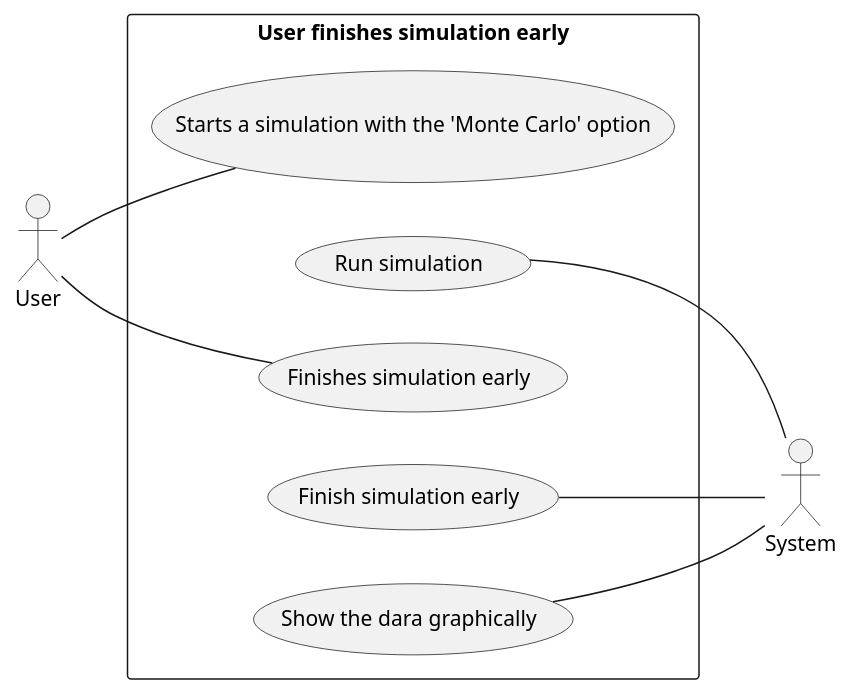
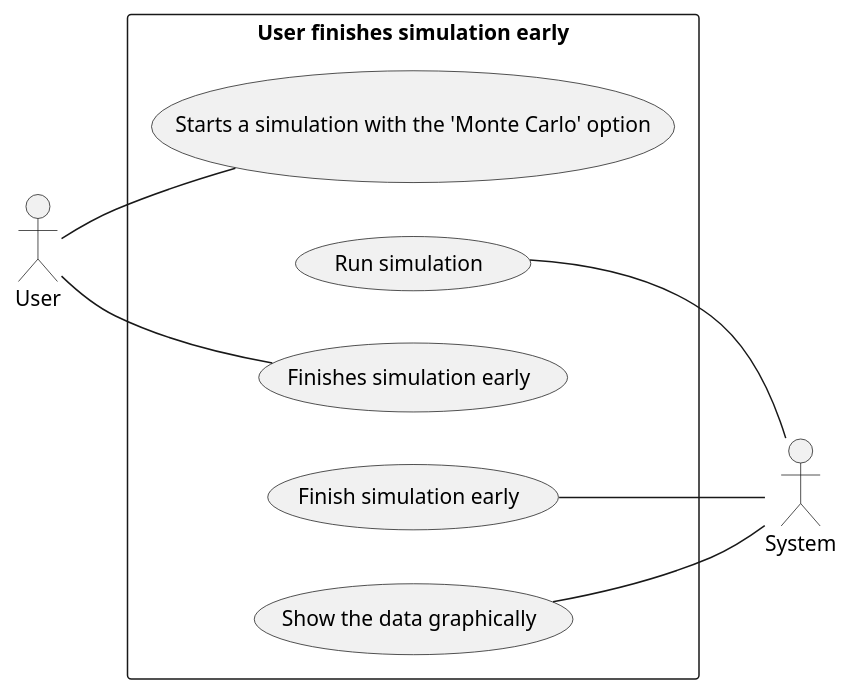
The fifth of 7 diagrams in project_requirement/project-requirement.md (HalfSquare/MonteCarloSimulation), drawn with PlantUML before and after one commit. The commit also changed other lines of this file, not shown here.

First line of the commit message:
Add UML for aborting sim, fix typo

````diff
--- a/project_requirement/project-requirement.md
+++ b/project_requirement/project-requirement.md
@@ -248,14 +248,14 @@
 ```plantuml
 @startuml
 left to right direction
 actor "User"
 actor "System"
 rectangle "User finishes simulation early" {
   User -- (Starts a simulation with the 'Monte Carlo' option)
   (Run simulation) -- System
   User -- (Finishes simulation early)
   (Finish simulation early) -- System
-  (Show the dara graphically) -- System
+  (Show the data graphically) -- System
 }
 @enduml
 ```
````
